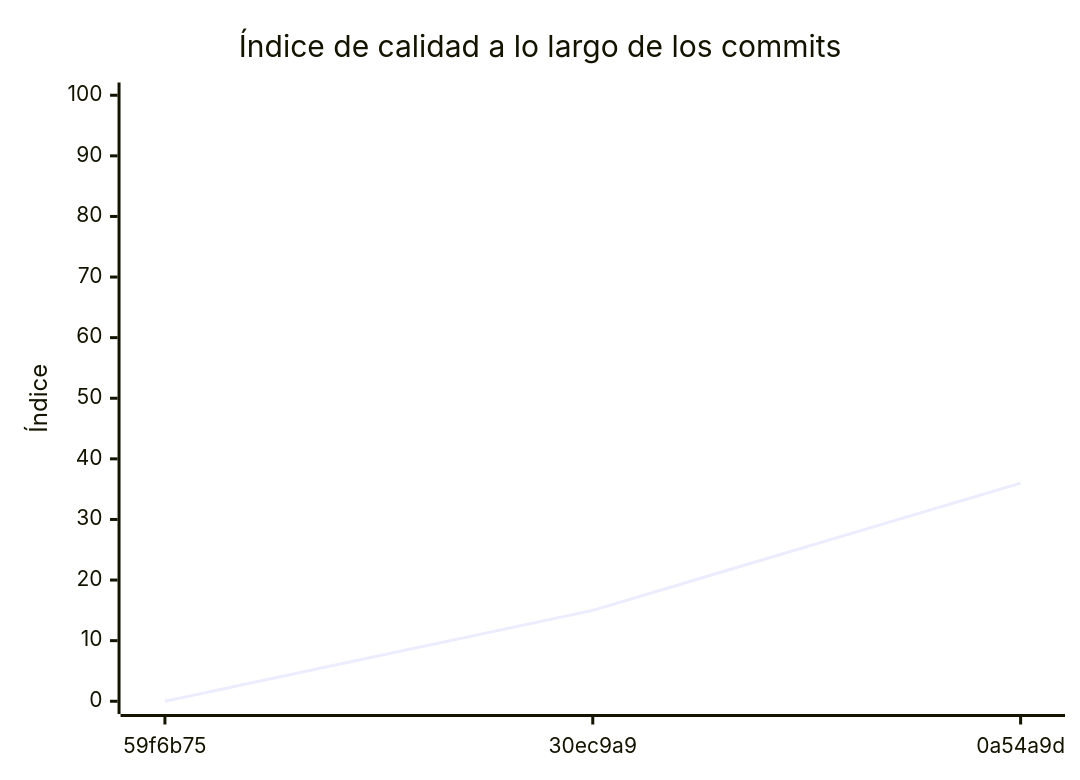
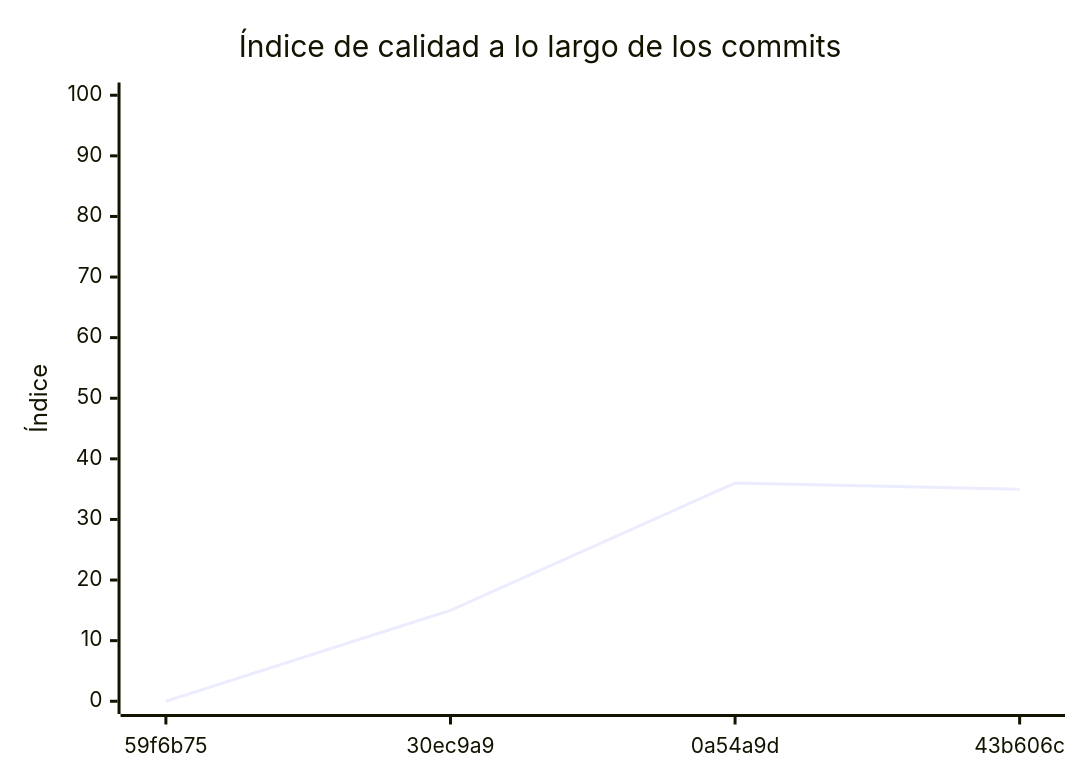
Before and after one commit to prog-2-SQR/Frontend-KMP: the diagram in docs/EVALUACION.md, drawn with Mermaid. The commit also changed other lines of this file and 1 other file, not shown here.

````diff
--- a/docs/EVALUACION.md
+++ b/docs/EVALUACION.md
@@ -121,7 +132,7 @@
 ```mermaid
 xychart-beta
     title "Índice de calidad a lo largo de los commits"
-    x-axis ["59f6b75", "30ec9a9", "0a54a9d"]
+    x-axis ["59f6b75", "30ec9a9", "0a54a9d", "43b606c"]
     y-axis "Índice" 0 --> 100
-    line [0, 15, 36]
+    line [0, 15, 36, 35]
 ```
````
